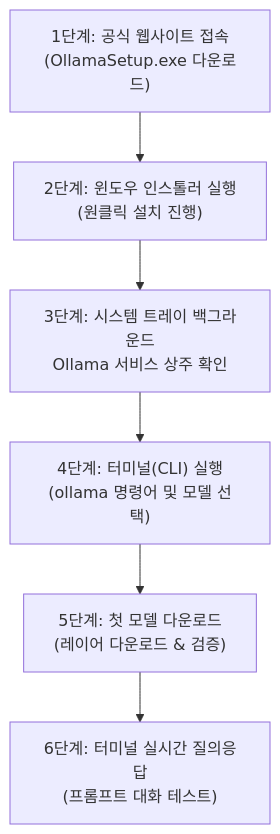
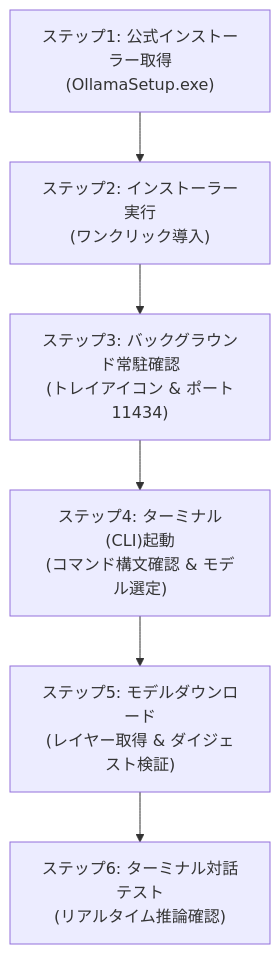
One commit to CheolKyunYU/cknotes changed the diagram in content/posts/ollama-02-windows-install-guide/index.jp.md. Above: the diagram before and after it, drawn with Mermaid. The commit also changed other lines of this file and 40 other files, not shown here.

````diff
--- a/content/posts/ollama-02-windows-install-guide/index.jp.md
+++ b/content/posts/ollama-02-windows-install-guide/index.jp.md
@@ -38,8 +36,8 @@
 ```mermaid
 flowchart TD
-    Step1["1단계: 공식 웹사이트 접속<br/>(OllamaSetup.exe 다운로드)"] --> Step2["2단계: 윈도우 인스톨러 실행<br/>(원클릭 설치 진행)"]
-    Step2 --> Step3["3단계: 시스템 트레이 백그라운드<br/>Ollama 서비스 상주 확인"]
-    Step3 --> Step4["4단계: 터미널(CLI) 실행<br/>(ollama 명령어 및 모델 선택)"]
-    Step4 --> Step5["5단계: 첫 모델 다운로드<br/>(레이어 다운로드 & 검증)"]
-    Step5 --> Step6["6단계: 터미널 실시간 질의응답<br/>(프롬프트 대화 테스트)"]
+    Step1["ステップ1: 公式インストーラー取得<br/>(OllamaSetup.exe)"] --> Step2["ステップ2: インストーラー実行<br/>(ワンクリック導入)"]
+    Step2 --> Step3["ステップ3: バックグラウンド常駐確認<br/>(トレイアイコン & ポート11434)"]
+    Step3 --> Step4["ステップ4: ターミナル(CLI)起動<br/>(コマンド構文確認 & モデル選定)"]
+    Step4 --> Step5["ステップ5: モデルダウンロード<br/>(レイヤー取得 & ダイジェスト検証)"]
+    Step5 --> Step6["ステップ6: ターミナル対話テスト<br/>(リアルタイム推論確認)"]
 ```
````
